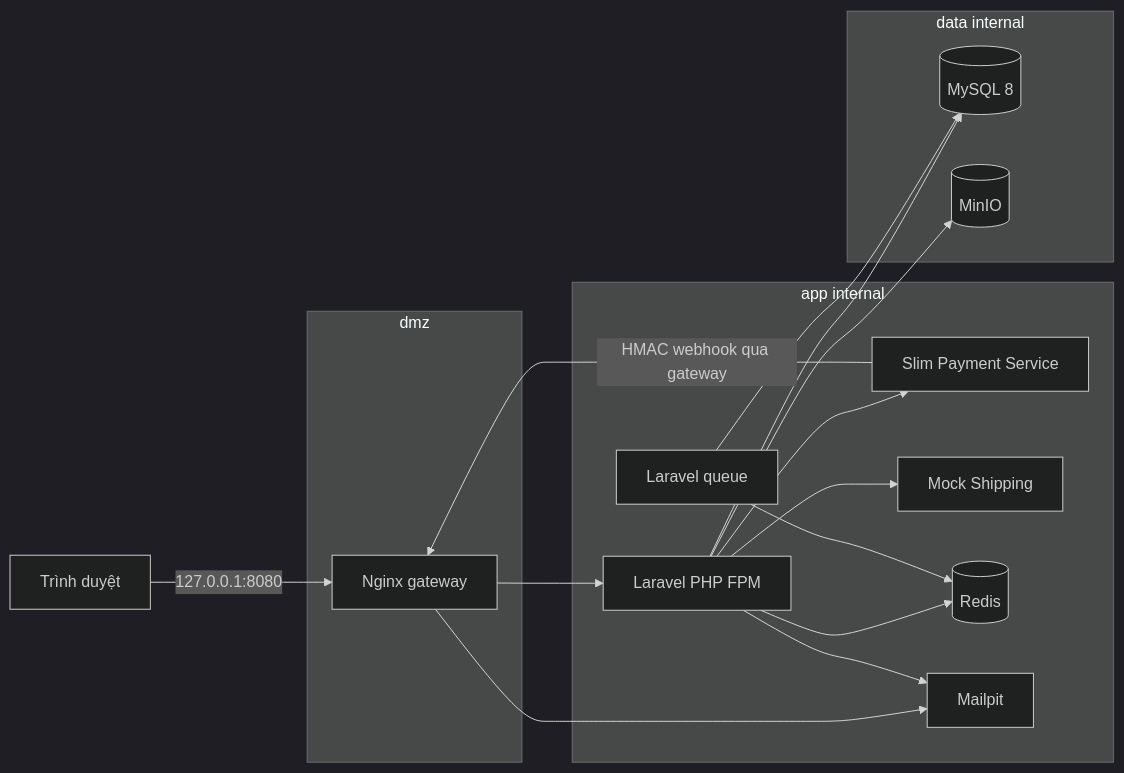
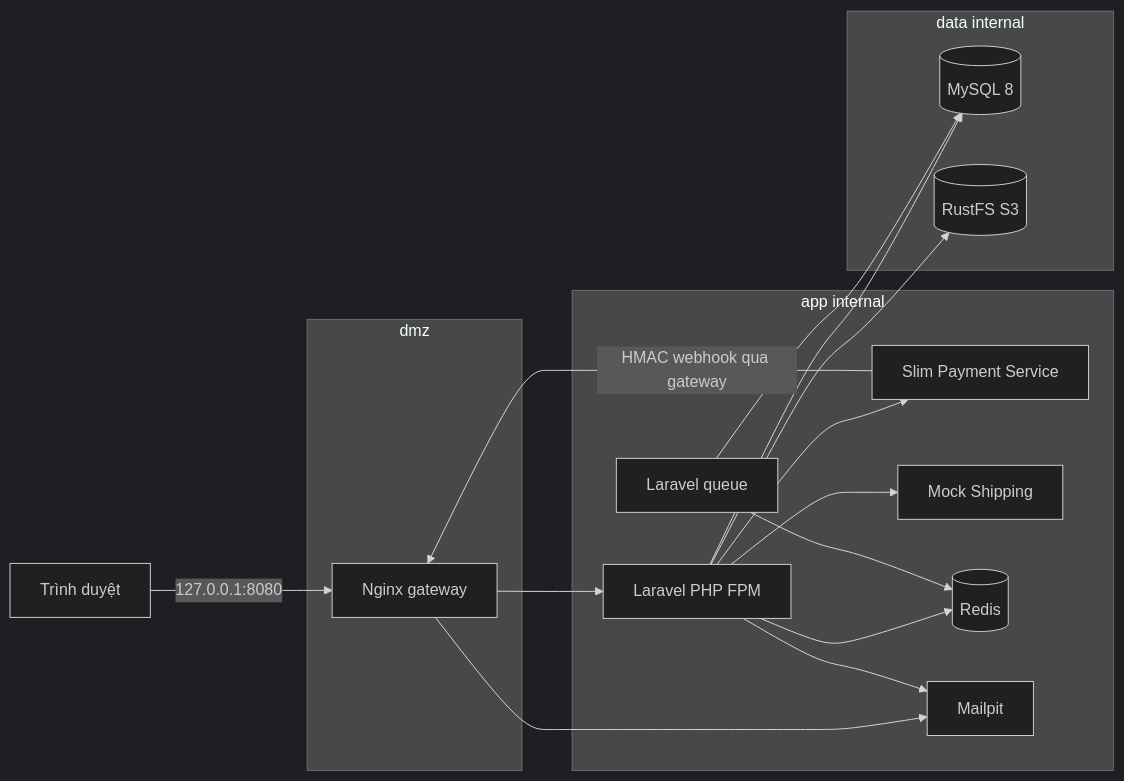
One commit to quarrcyber/hugo-shop changed the diagram in docs/architecture.md. Above: the diagram before and after it, drawn with Mermaid (dark theme). The commit also changed other lines of this file and 4 other files, not shown here.

````diff
--- a/docs/architecture.md
+++ b/docs/architecture.md
@@ -5,34 +5,34 @@
 ```mermaid
 flowchart LR
     Browser[Trình duyệt] -->|127.0.0.1:8080| Nginx
 
     subgraph dmz[dmz]
         Nginx[Nginx gateway]
     end
 
     subgraph app[app internal]
         Shop[Laravel PHP FPM]
         Queue[Laravel queue]
         Payment[Slim Payment Service]
         Shipping[Mock Shipping]
         Redis[(Redis)]
         Mailpit[Mailpit]
     end
 
     subgraph data[data internal]
         MySQL[(MySQL 8)]
-        MinIO[(MinIO)]
+        ObjectStorage[(RustFS S3)]
     end
 
     Nginx --> Shop
     Nginx --> Mailpit
     Shop --> Payment
     Shop --> Shipping
     Shop --> Redis
     Queue --> Redis
     Shop --> MySQL
     Queue --> MySQL
-    Shop --> MinIO
+    Shop --> ObjectStorage
     Shop --> Mailpit
     Payment -->|HMAC webhook qua gateway| Nginx
 ```
````
